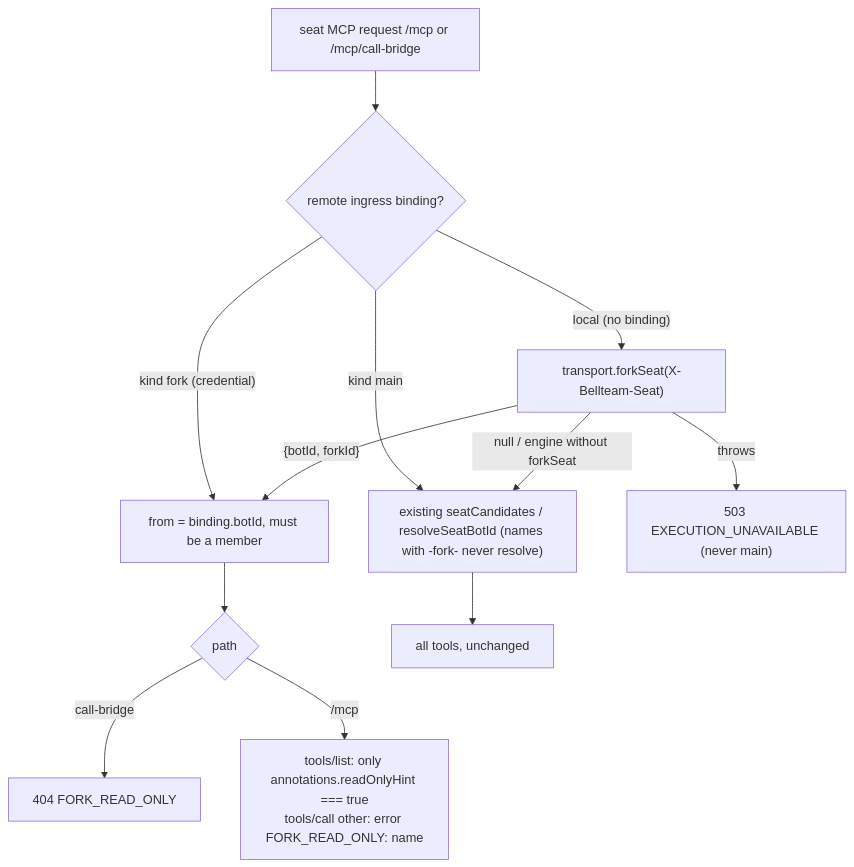
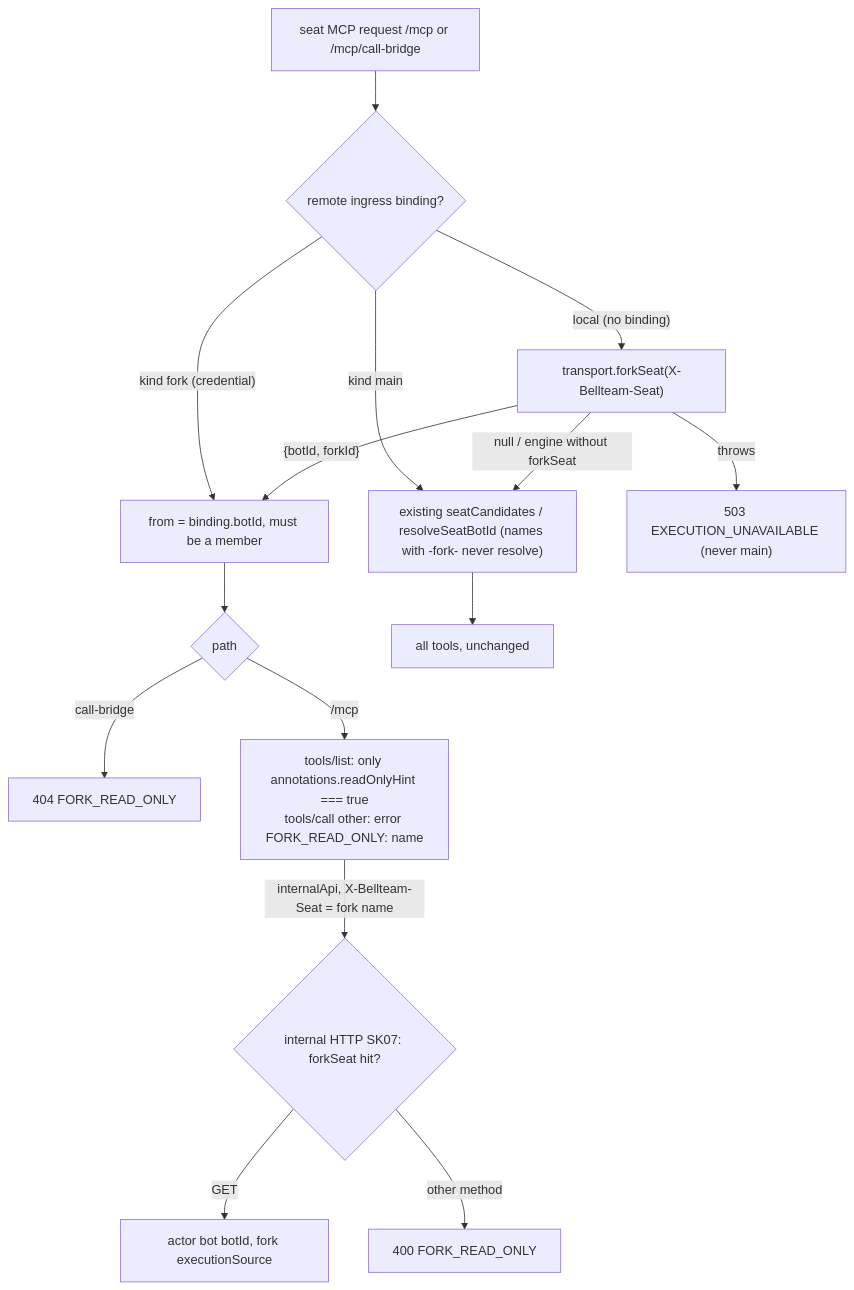
Before and after one commit to kitepon/BellTeam: the third of 4 diagrams in docs/architecture/modules/integration/remote-seat-ingress.md, drawn with Mermaid. The commit also changed other lines of this file and 3 other files, not shown here.

First line of the commit message:
Internal HTTP: a running fork reads as its Bot (GET only), other methods FORK_READ_ONLY (SK07)

````diff
--- a/docs/architecture/modules/integration/remote-seat-ingress.md
+++ b/docs/architecture/modules/integration/remote-seat-ingress.md
@@ -93,14 +93,17 @@
 ```mermaid
 flowchart TD
   Req["seat MCP request /mcp or /mcp/call-bridge"] --> Bound{"remote ingress binding?"}
   Bound -->|"kind fork (credential)"| ForkBot["from = binding.botId, must be a member"]
   Bound -->|"kind main"| Main
   Bound -->|"local (no binding)"| Reg["transport.forkSeat(X-Bellteam-Seat)"]
   Reg -->|"{botId, forkId}"| ForkBot
   Reg -->|"null / engine without forkSeat"| Main["existing seatCandidates / resolveSeatBotId (names with -fork- never resolve)"]
   Reg -->|throws| Unavail["503 EXECUTION_UNAVAILABLE (never main)"]
   ForkBot --> Path{"path"}
   Path -->|call-bridge| Refuse["404 FORK_READ_ONLY"]
   Path -->|/mcp| Fork["tools/list: only annotations.readOnlyHint === true<br/>tools/call other: error FORK_READ_ONLY: name"]
+  Fork -->|"internalApi, X-Bellteam-Seat = fork name"| Internal{"internal HTTP SK07: forkSeat hit?"}
+  Internal -->|GET| AsBot["actor bot botId, fork executionSource"]
+  Internal -->|other method| RO["400 FORK_READ_ONLY"]
   Main --> All["all tools, unchanged"]
 ```
````
